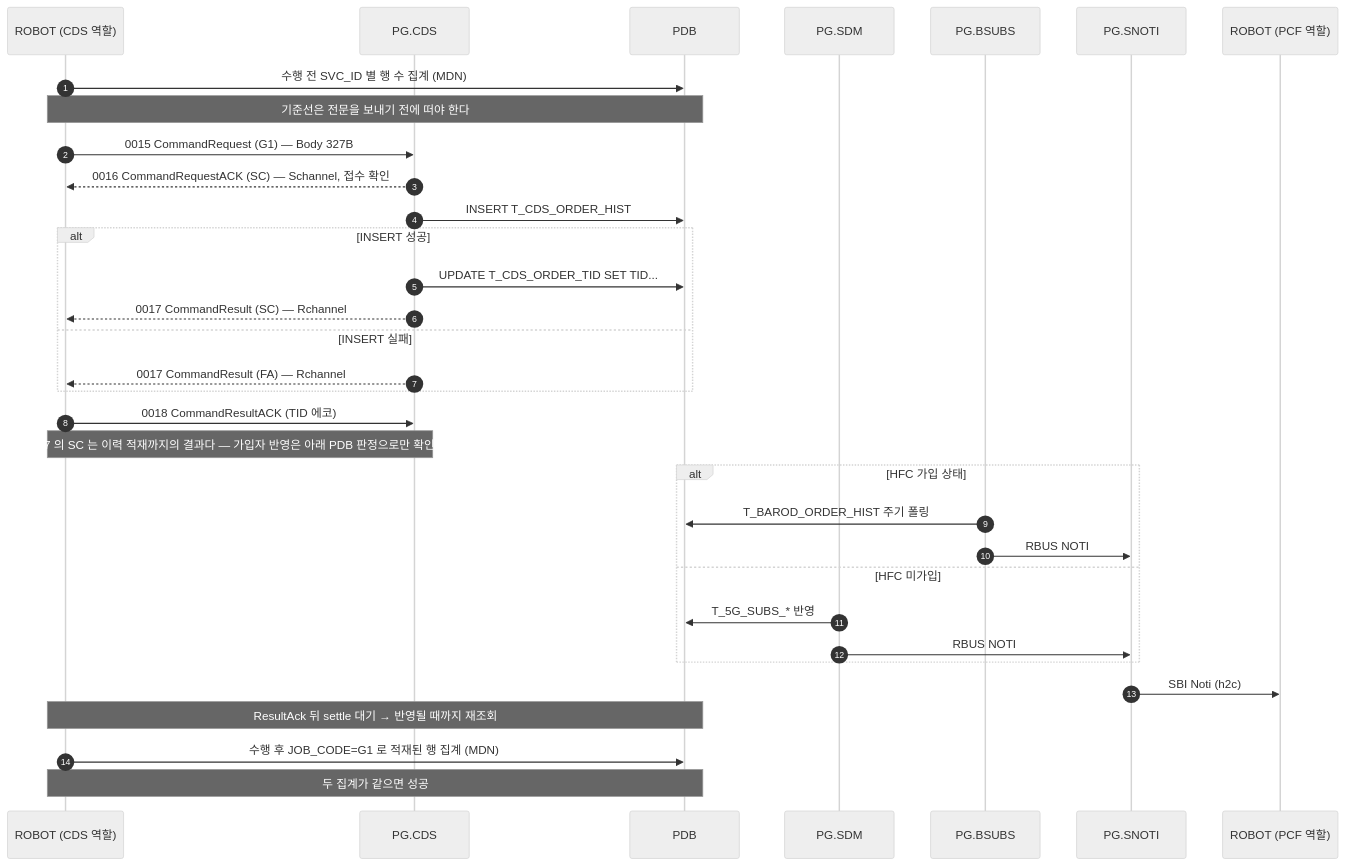
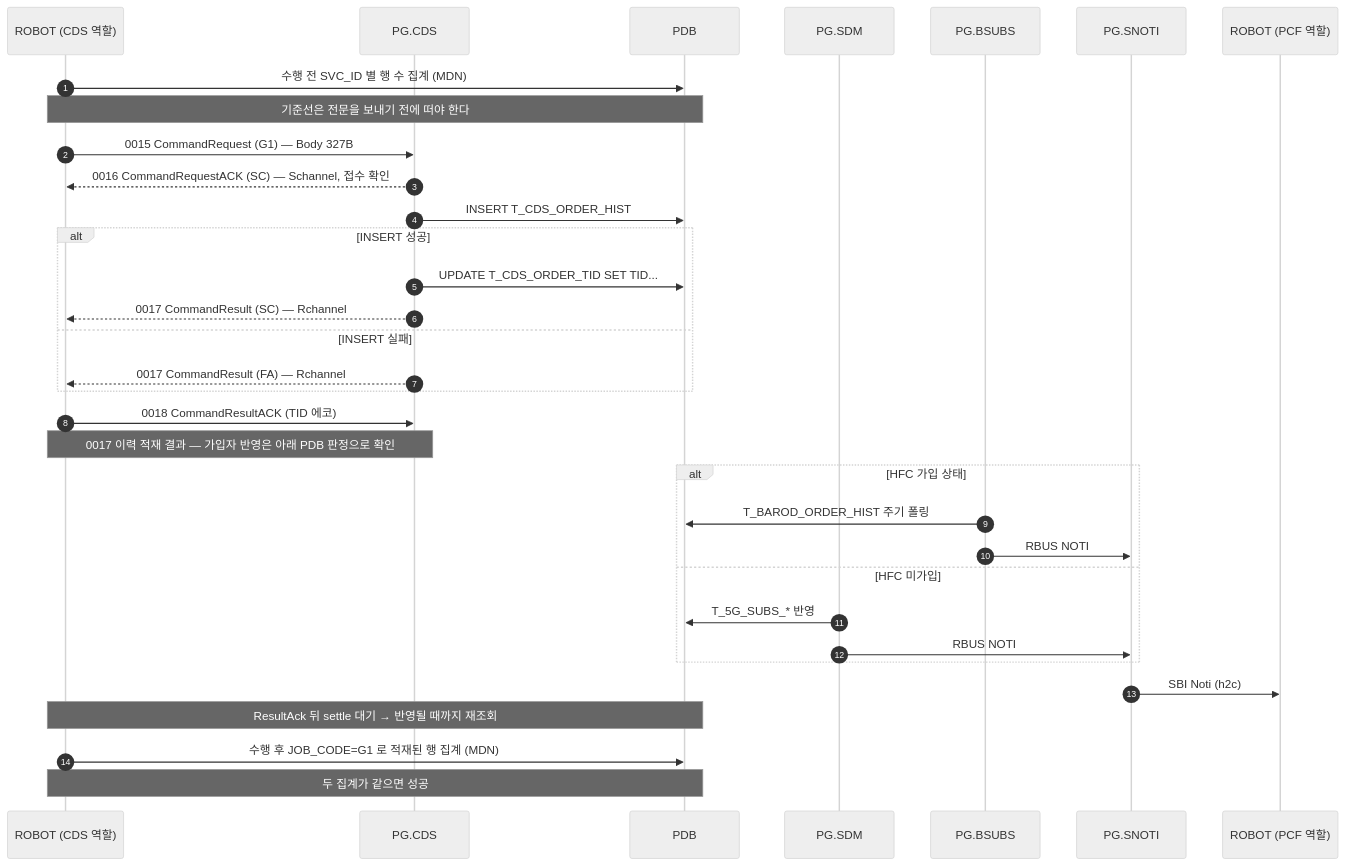
The diagram in docs/callflow/CDS_G1.md (IanKim2030/tc4robot), drawn with Mermaid (neutral theme) before and after one commit. The commit also changed 18 other files, not shown here.

````diff
--- a/docs/callflow/CDS_G1.md
+++ b/docs/callflow/CDS_G1.md
@@ -17,37 +17,37 @@
 ```mermaid
 sequenceDiagram
     autonumber
     participant TOOL as ROBOT (CDS 역할)
     participant PCDS as PG.CDS
     participant PDB as PDB
     participant SDM as PG.SDM
     participant BSUBS as PG.BSUBS
     participant SNOTI as PG.SNOTI
     participant PCF as ROBOT (PCF 역할)
 
     TOOL->>PDB: 수행 전 SVC_ID 별 행 수 집계 (MDN)
     Note over TOOL,PDB: 기준선은 전문을 보내기 전에 떠야 한다
     TOOL->>PCDS: 0015 CommandRequest (G1) — Body 327B
     PCDS-->>TOOL: 0016 CommandRequestACK (SC) — Schannel, 접수 확인
     PCDS->>PDB: INSERT T_CDS_ORDER_HIST
     alt INSERT 성공
         PCDS->>PDB: UPDATE T_CDS_ORDER_TID SET TID...
         PCDS-->>TOOL: 0017 CommandResult (SC) — Rchannel
     else INSERT 실패
         PCDS-->>TOOL: 0017 CommandResult (FA) — Rchannel
     end
     TOOL->>PCDS: 0018 CommandResultACK (TID 에코)
-    Note over TOOL,PCDS: 0017 의 SC 는 이력 적재까지의 결과다 — 가입자 반영은 아래 PDB 판정으로만 확인된다
+    Note over TOOL,PCDS: 0017 이력 적재 결과 — 가입자 반영은 아래 PDB 판정으로 확인
 
     alt HFC 가입 상태
         BSUBS->>PDB: T_BAROD_ORDER_HIST 주기 폴링
         BSUBS->>SNOTI: RBUS NOTI
     else HFC 미가입
         SDM->>PDB: T_5G_SUBS_* 반영
         SDM->>SNOTI: RBUS NOTI
     end
     SNOTI->>PCF: SBI Noti (h2c)
     Note over TOOL,PDB: ResultAck 뒤 settle 대기 → 반영될 때까지 재조회
     TOOL->>PDB: 수행 후 JOB_CODE=G1 로 적재된 행 집계 (MDN)
     Note over TOOL,PDB: 두 집계가 같으면 성공
 ```
````
